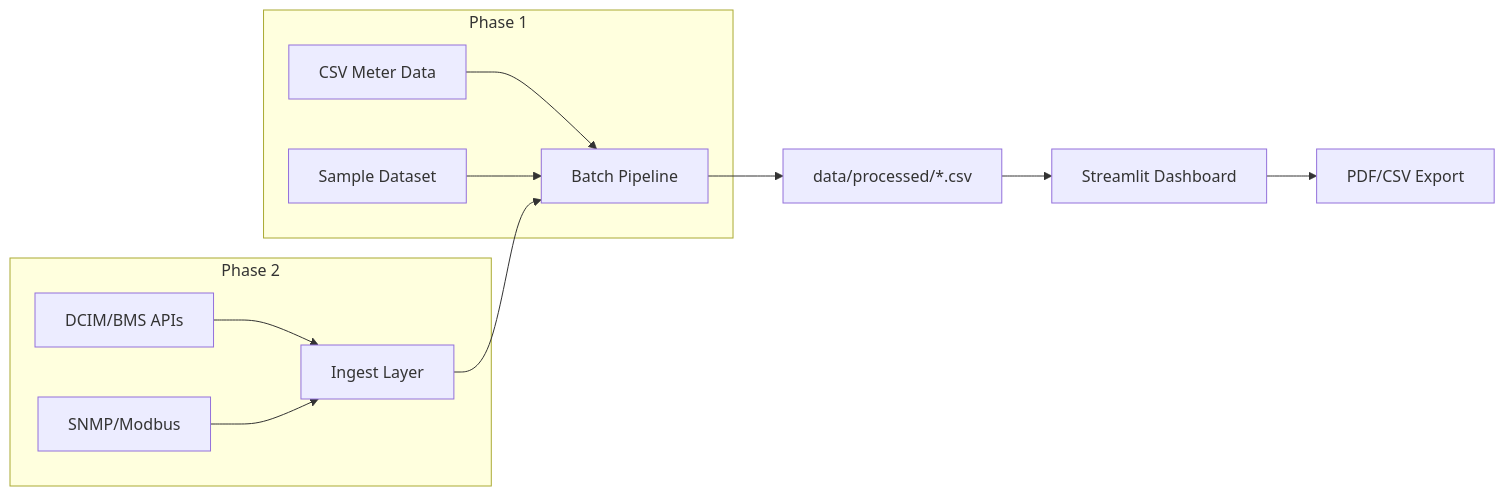
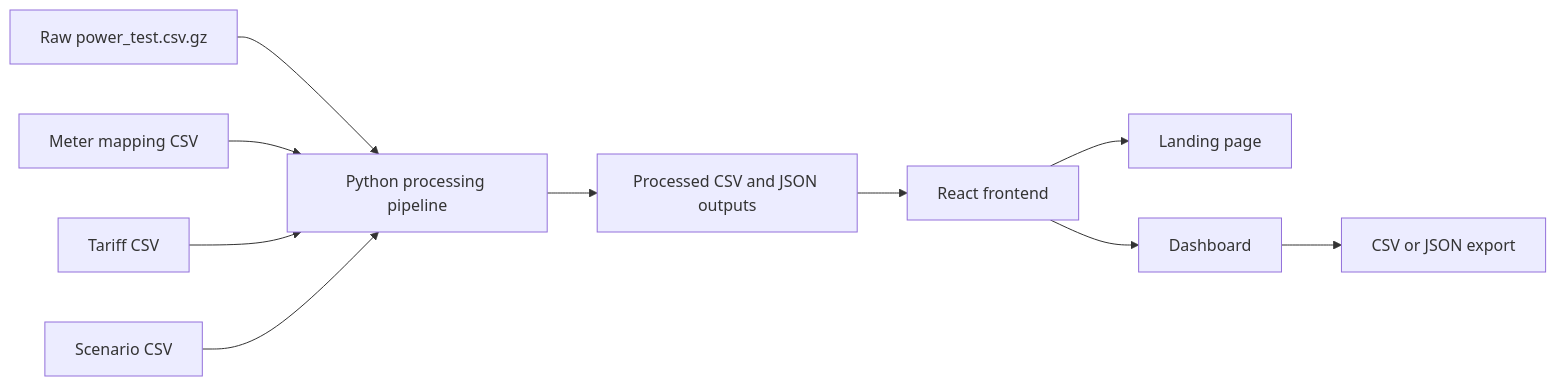
One commit to AJ-ing/InfraPulse_2.0 changed the diagram in README.md. Above: the diagram before and after it, drawn with Mermaid. The commit also changed other lines of this file, not shown here.

Commit message:
Rewrite README with React product plan and dataset spec

````diff
--- a/README.md
+++ b/README.md
@@ -56,15 +421,12 @@
 ```mermaid
 flowchart LR
-    subgraph phase1 [Phase 1]
-        CSV[CSV Meter Data] --> Pipeline[Batch Pipeline]
-        Sample[Sample Dataset] --> Pipeline
-    end
-    subgraph phase2 [Phase 2]
-        API[DCIM/BMS APIs] --> Ingest[Ingest Layer]
-        SNMP[SNMP/Modbus] --> Ingest
-        Ingest --> Pipeline
-    end
-    Pipeline --> Processed[data/processed/*.csv]
-    Processed --> App[Streamlit Dashboard]
-    App --> Export[PDF/CSV Export]
+    Raw[Raw power_test.csv.gz] --> Pipeline[Python processing pipeline]
+    Mapping[Meter mapping CSV] --> Pipeline
+    Tariffs[Tariff CSV] --> Pipeline
+    Scenarios[Scenario CSV] --> Pipeline
+    Pipeline --> Processed[Processed CSV and JSON outputs]
+    Processed --> React[React frontend]
+    React --> Landing[Landing page]
+    React --> Dashboard[Dashboard]
+    Dashboard --> Export[CSV or JSON export]
 ```
````
